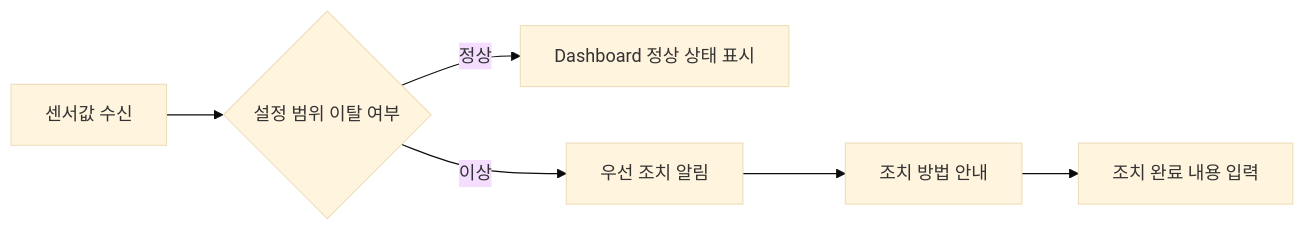
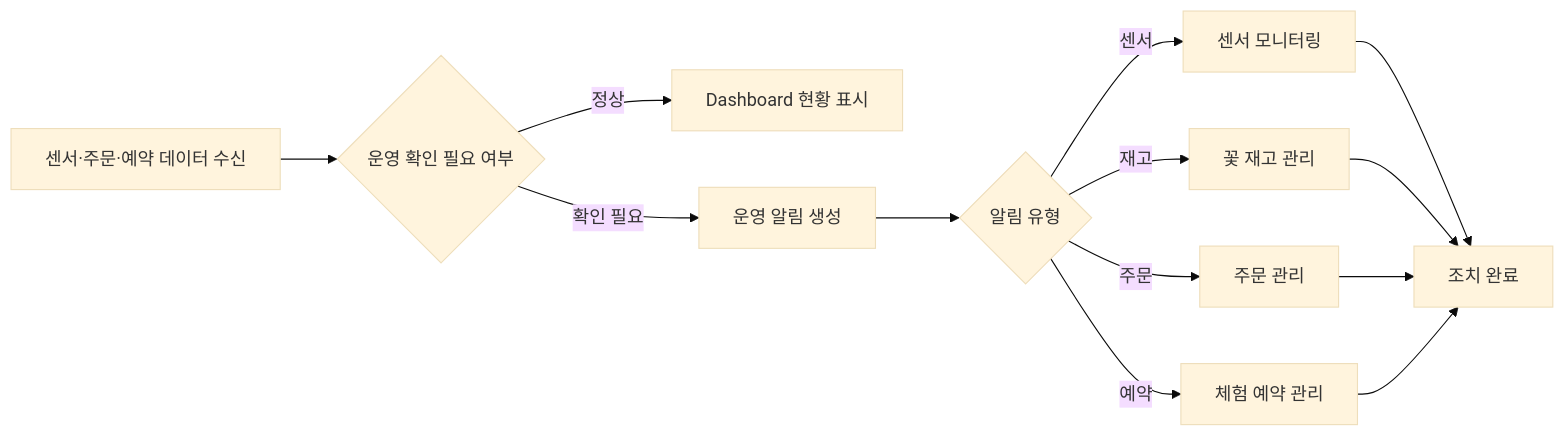
The fourth of 5 diagrams in README.md (PNU-2026-AI-Hackathon/pnuai-b-04-Dalmegg), drawn with Mermaid (base theme) before and after one commit. The commit also changed other lines of this file and 17 other files, not shown here.

````diff
--- a/README.md
+++ b/README.md
@@ -204,8 +208,15 @@
 ```mermaid
 flowchart LR
-  A[센서값 수신] --> B{설정 범위 이탈 여부}
-  B -->|정상| C[Dashboard 정상 상태 표시]
-  B -->|이상| D[우선 조치 알림]
-  D --> E[조치 방법 안내]
-  E --> F[조치 완료 내용 입력]
+  A[센서·주문·예약 데이터 수신] --> B{운영 확인 필요 여부}
+  B -->|정상| C[Dashboard 현황 표시]
+  B -->|확인 필요| D[운영 알림 생성]
+  D --> E{알림 유형}
+  E -->|센서| F[센서 모니터링]
+  E -->|재고| G[꽃 재고 관리]
+  E -->|주문| H[주문 관리]
+  E -->|예약| I[체험 예약 관리]
+  F --> J[조치 완료]
+  G --> J
+  H --> J
+  I --> J
 ```
````
